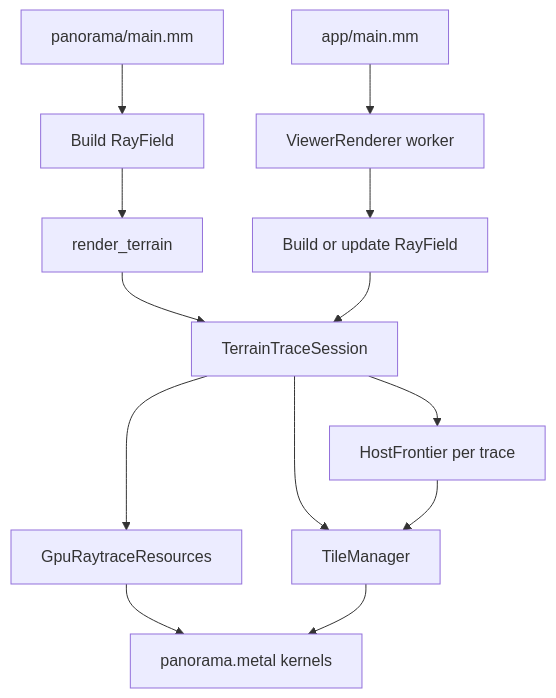
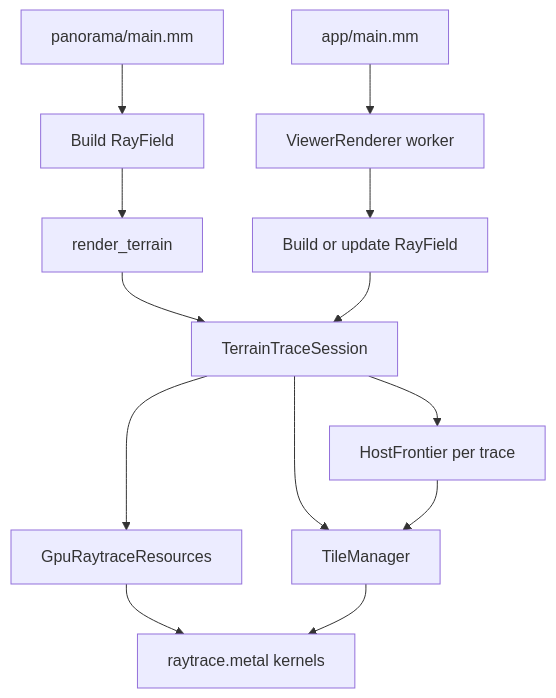
Before and after one commit to OaHolroyd/panorama: the first of 3 diagrams in src/README.md, drawn with Mermaid. The commit also changed other lines of this file and 12 other files, not shown here.

````diff
--- a/src/README.md
+++ b/src/README.md
@@ -32,17 +32,17 @@
 ```mermaid
 flowchart TD
     CLI[panorama/main.mm] --> RP[Build RayField]
     RP --> RT[render_terrain]
     RT --> SESSION[TerrainTraceSession]
 
     APP[app/main.mm] --> VR[ViewerRenderer worker]
     VR --> ARP[Build or update RayField]
     ARP --> SESSION
 
     SESSION --> TM[TileManager]
     SESSION --> GPU[GpuRaytraceResources]
     SESSION --> HF[HostFrontier per trace]
-    GPU --> MK[panorama.metal kernels]
+    GPU --> MK[raytrace.metal kernels]
     TM --> MK
     HF --> TM
 ```
````
